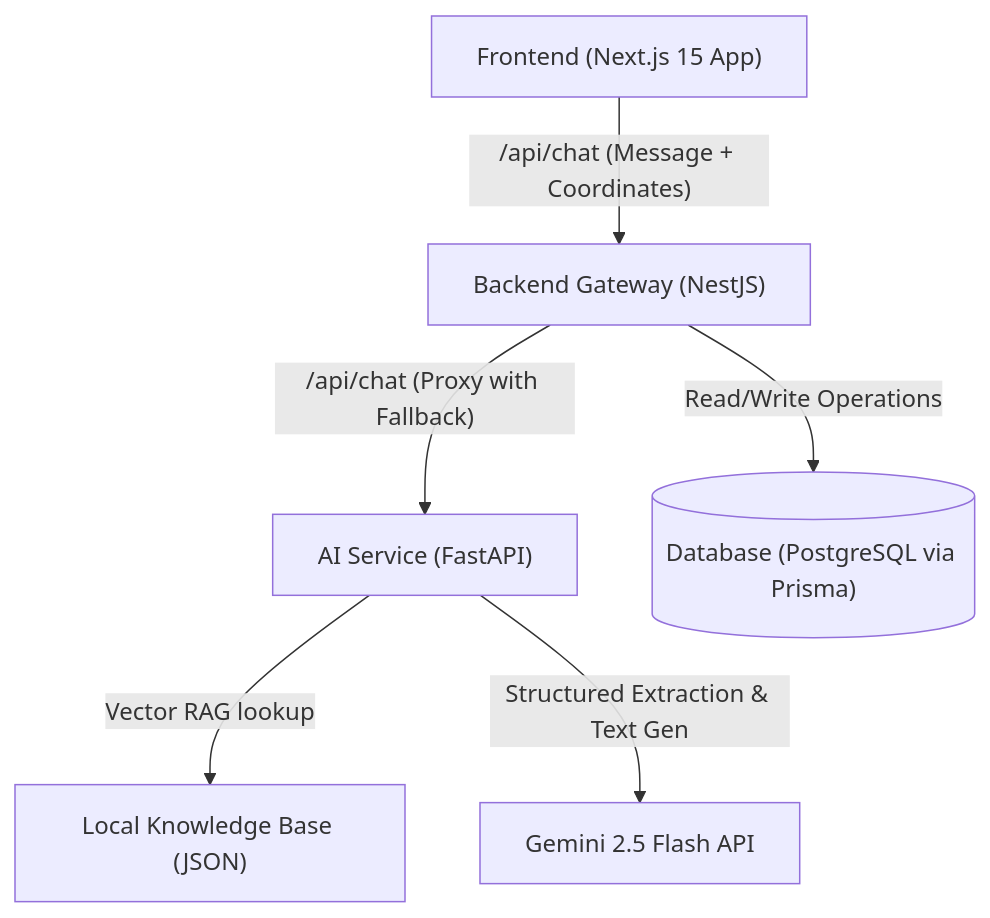
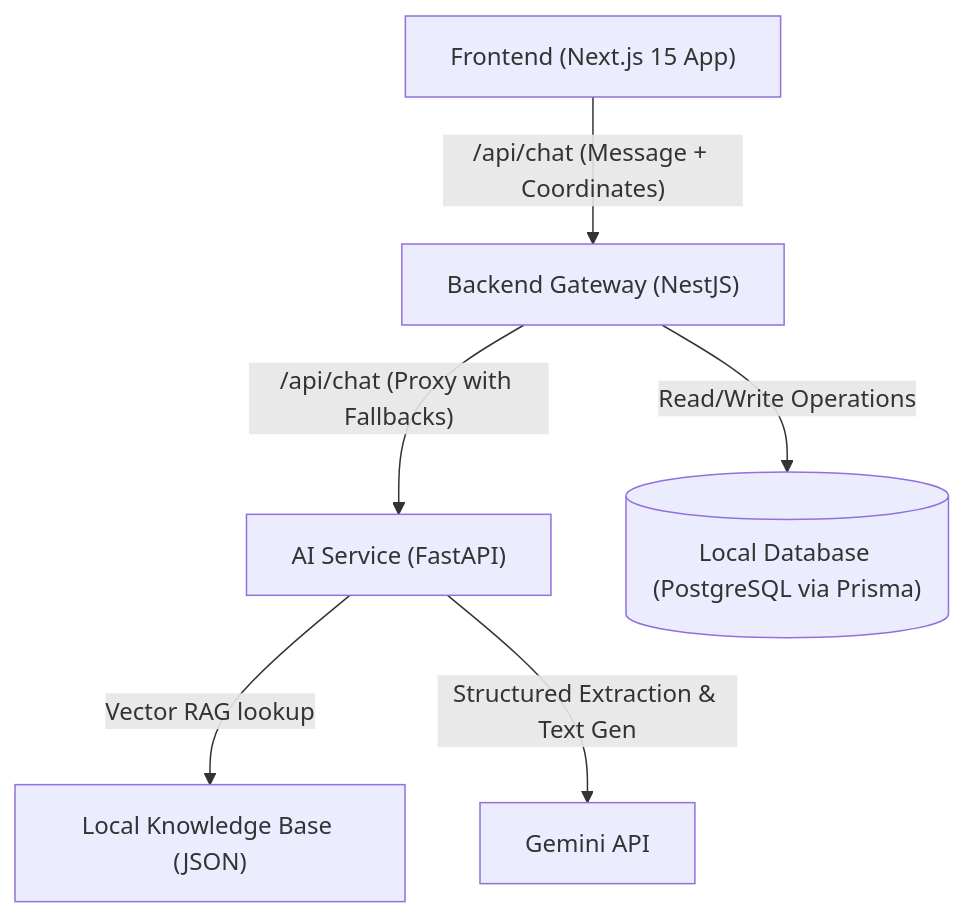
The diagram in README.md (eowanurag/Rakku-chatbot-v2), drawn with Mermaid before and after one commit. The commit also changed other lines of this file and 5 other files, not shown here.

Commit message:
feat: add admin intelligence dashboard and configure local backend API connection

````diff
--- a/README.md
+++ b/README.md
@@ -62,8 +27,8 @@
 ```mermaid
 graph TD
     A["Frontend (Next.js 15 App)"] -->|"/api/chat (Message + Coordinates)"| B["Backend Gateway (NestJS)"]
-    B -->|"/api/chat (Proxy with Fallback)"| C["AI Service (FastAPI)"]
-    B -->|Read/Write Operations| D[("Database (PostgreSQL via Prisma)")]
+    B -->|"/api/chat (Proxy with Fallbacks)"| C["AI Service (FastAPI)"]
+    B -->|Read/Write Operations| D[("Local Database (PostgreSQL via Prisma)")]
     C -->|"Vector RAG lookup"| E["Local Knowledge Base (JSON)"]
-    C -->|"Structured Extraction & Text Gen"| F["Gemini 2.5 Flash API"]
+    C -->|"Structured Extraction & Text Gen"| F["Gemini API"]
 ```
````
